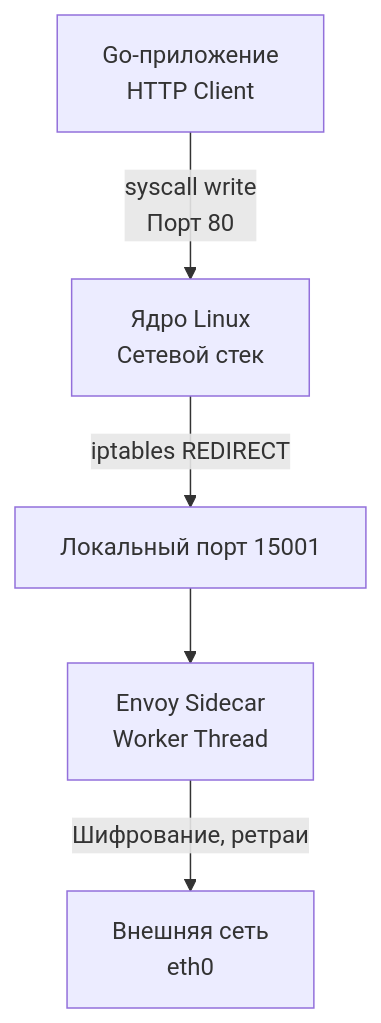
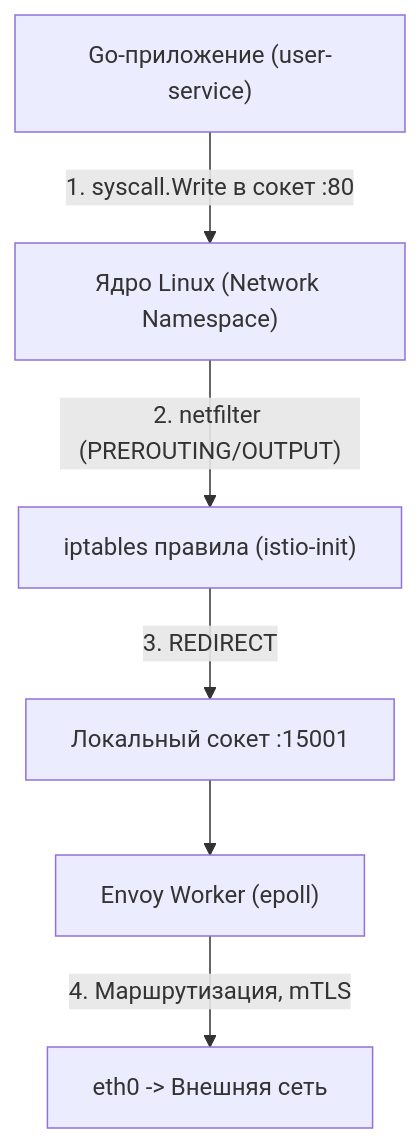
The third of 4 diagrams in sources/14. Распределенные системы на Go/06. Сеть/2. Envoy и sidecar.md (UnrealTemplier/go-textbook), drawn with Mermaid before and after one commit. The commit also changed other lines of this file, not shown here.

Commit message:
feat(module-14): editorial rewrite of lecture 2 (Envoy и sidecar) in Subsection 6 in Kernighan style

````diff
--- a/sources/14. Распределенные системы на Go/06. Сеть/2. Envoy и sidecar.md
+++ b/sources/14. Распределенные системы на Go/06. Сеть/2. Envoy и sidecar.md
@@ -55,7 +79,8 @@
 ```mermaid
 flowchart TD
-    GoApp["Go-приложение<br>HTTP Client"]-->|"syscall write<br>Порт 80"|Kernel["Ядро Linux<br>Сетевой стек"]
-    Kernel-->|"iptables REDIRECT"|EnvoyPort["Локальный порт 15001"]
-    EnvoyPort-->Envoy["Envoy Sidecar<br>Worker Thread"]
-    Envoy-->|"Шифрование, ретраи"|Net["Внешняя сеть<br>eth0"]
+    GoApp["Go-приложение (user-service)"] -->|"1. syscall.Write в сокет :80"| Kernel["Ядро Linux (Network Namespace)"]
+    Kernel -->|"2. netfilter (PREROUTING/OUTPUT)"| Rules["iptables правила (istio-init)"]
+    Rules -->|"3. REDIRECT"| EnvoyPort["Локальный сокет :15001"]
+    EnvoyPort --> Envoy["Envoy Worker (epoll)"]
+    Envoy -->|"4. Маршрутизация, mTLS"| PhysicalNet["eth0 -> Внешняя сеть"]
 ```
````
